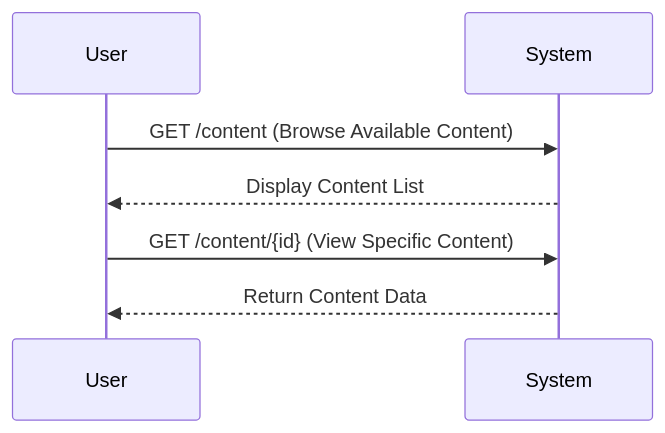
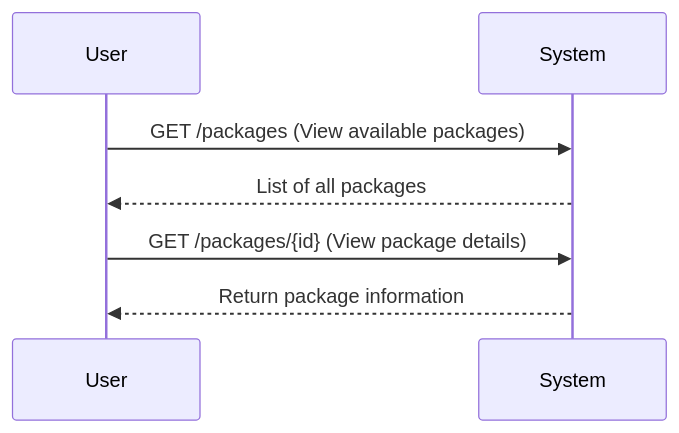
One commit to jizuuu/api-endpoint changed diagram 12 of 15 in README.md. Above: the diagram before and after it, drawn with Mermaid. The commit also changed other lines of this file, not shown here.

````diff
--- a/README.md
+++ b/README.md
@@ -130,11 +144,11 @@
 ```mermaid
 sequenceDiagram
     participant User
     participant System
 
-    User->>System: GET /content (Browse Available Content)
-    System-->>User: Display Content List
+    User->>System: GET /packages (View available packages)
+    System-->>User: List of all packages
 
-    User->>System: GET /content/{id} (View Specific Content)
-    System-->>User: Return Content Data
+    User->>System: GET /packages/{id} (View package details)
+    System-->>User: Return package information
 ```
````
